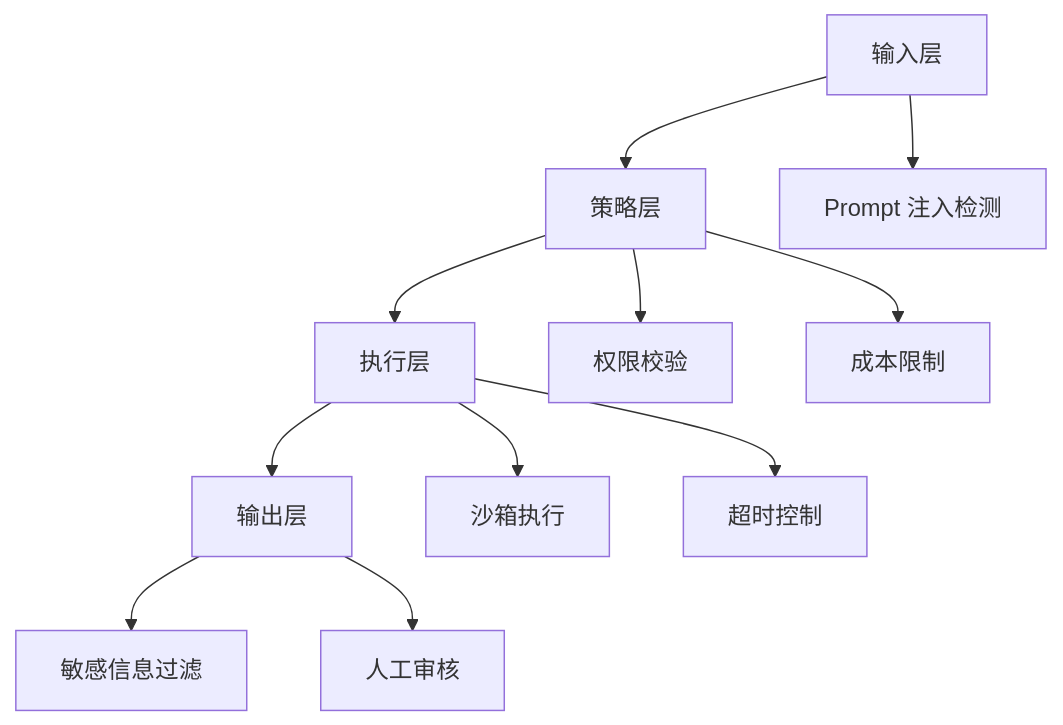
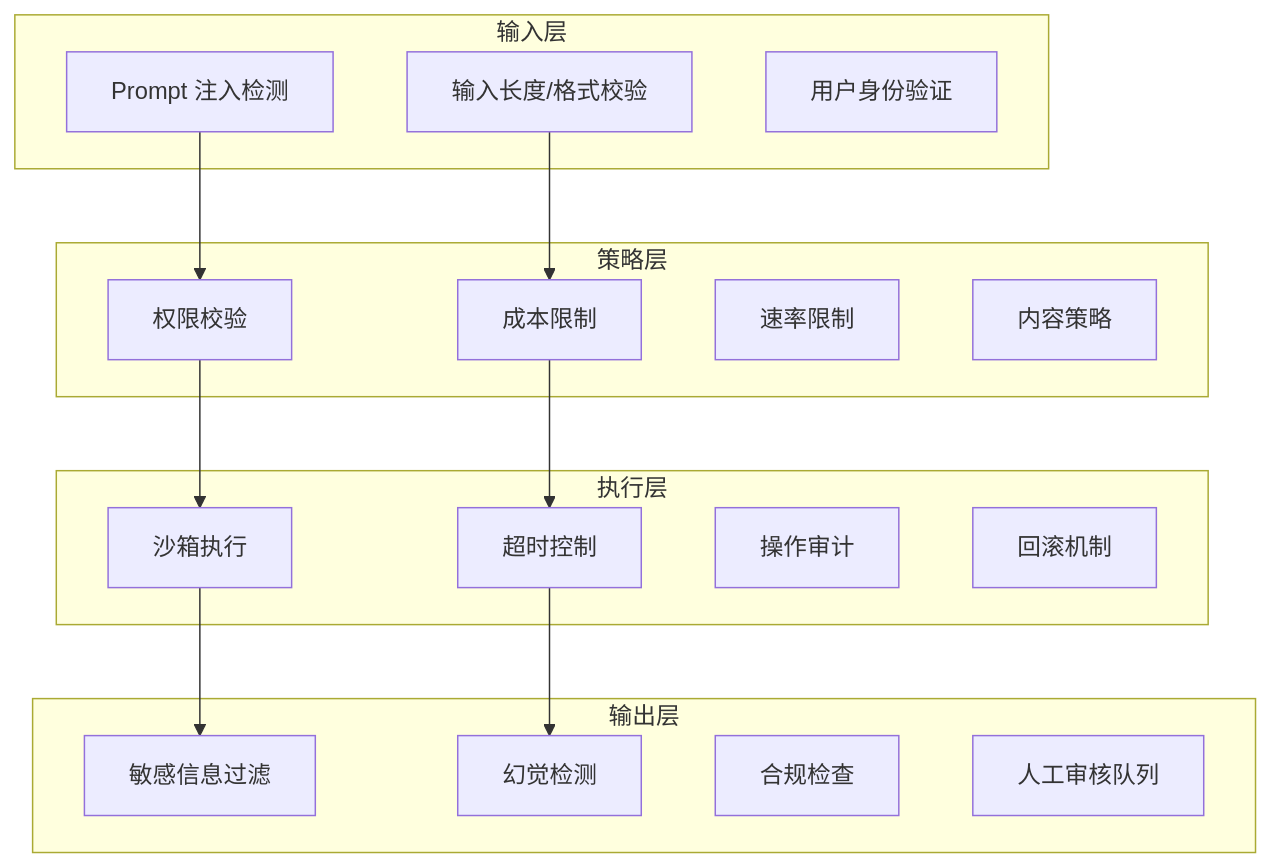
The second of 2 diagrams in docs/07-安全与治理/01-安全防护栏.md (dilboy/agent-programming-wiki), drawn with Mermaid before and after one commit. The commit also changed other lines of this file and 9 other files, not shown here.

````diff
--- a/docs/07-安全与治理/01-安全防护栏.md
+++ b/docs/07-安全与治理/01-安全防护栏.md
@@ -17,14 +54,36 @@
 ```mermaid
 graph TD
-    A[输入层] --> B[策略层]
-    B --> C[执行层]
-    C --> D[输出层]
+    subgraph "输入层"
+        A1[Prompt 注入检测]
+        A2[输入长度/格式校验]
+        A3[用户身份验证]
+    end
     
-    A --> A1[Prompt 注入检测]
-    B --> B1[权限校验]
-    B --> B2[成本限制]
-    C --> C1[沙箱执行]
-    C --> C2[超时控制]
-    D --> D1[敏感信息过滤]
-    D --> D2[人工审核]
+    subgraph "策略层"
+        B1[权限校验]
+        B2[成本限制]
+        B3[速率限制]
+        B4[内容策略]
+    end
+    
+    subgraph "执行层"
+        C1[沙箱执行]
+        C2[超时控制]
+        C3[操作审计]
+        C4[回滚机制]
+    end
+    
+    subgraph "输出层"
+        D1[敏感信息过滤]
+        D2[幻觉检测]
+        D3[合规检查]
+        D4[人工审核队列]
+    end
+    
+    A1 --> B1
+    A2 --> B2
+    B1 --> C1
+    B2 --> C2
+    C1 --> D1
+    C2 --> D2
 ```
````
